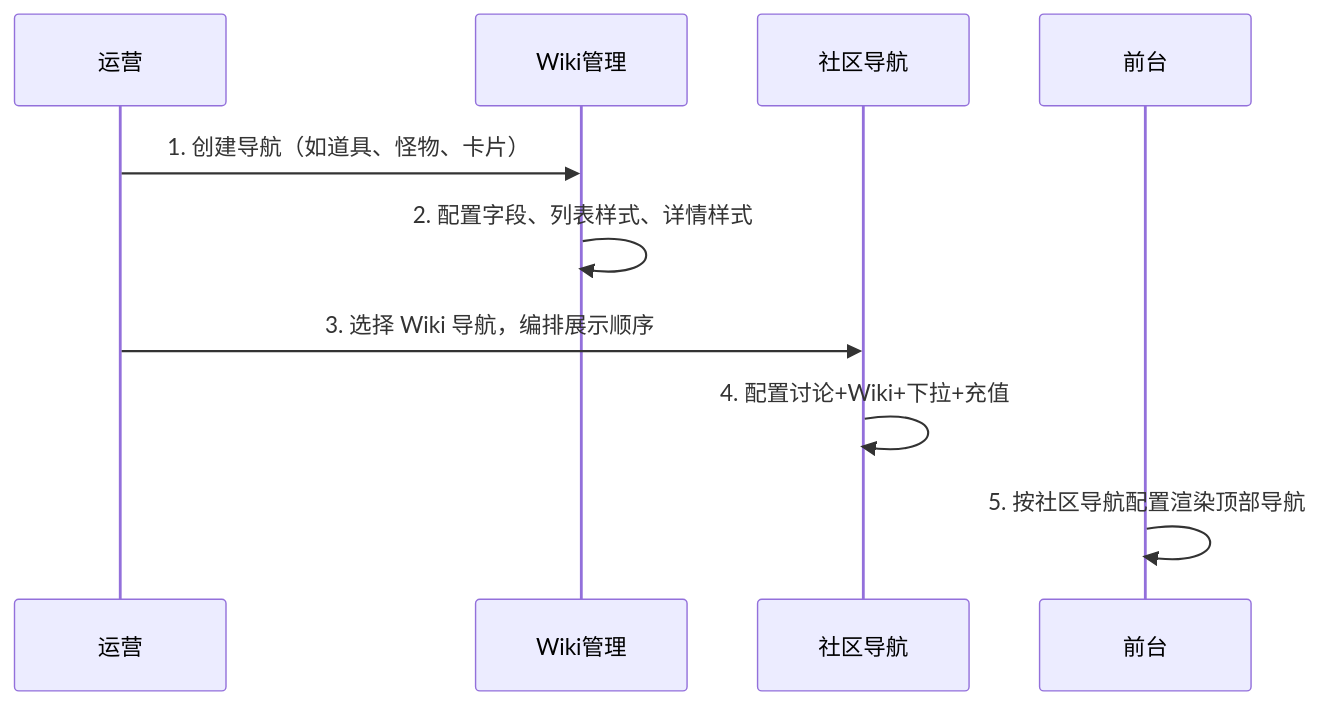
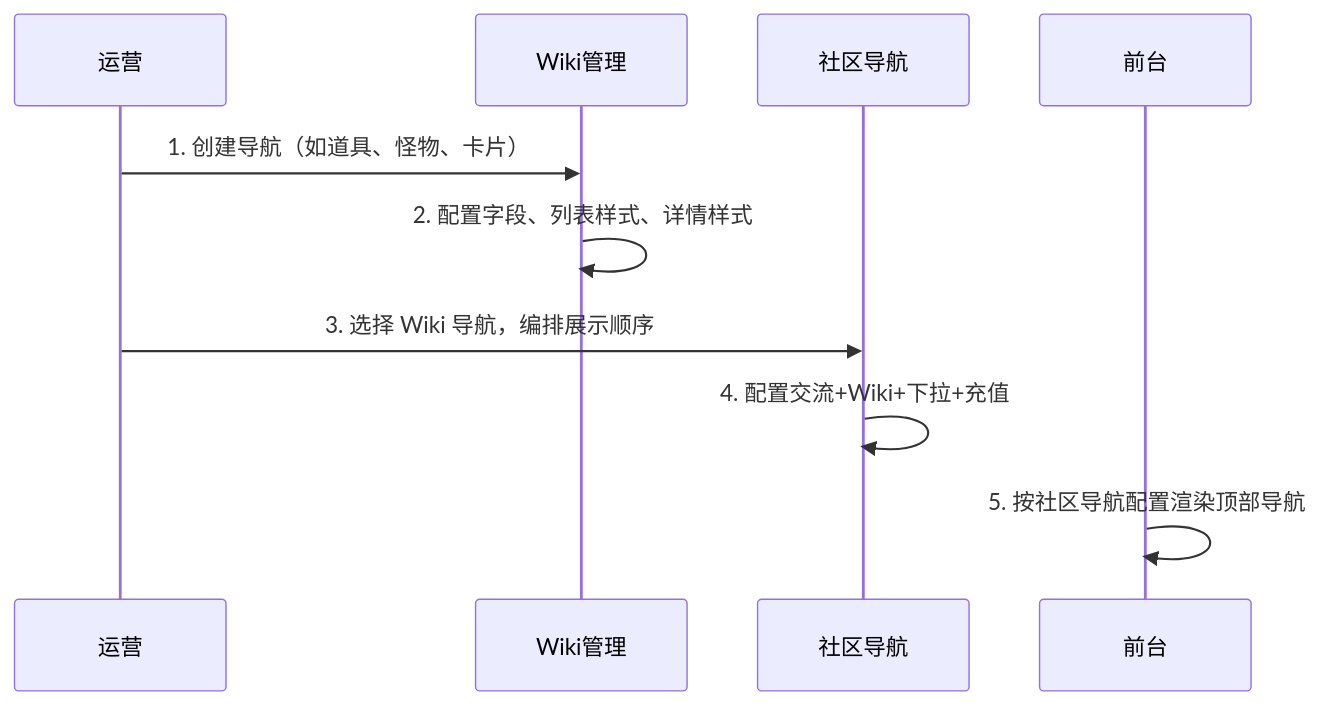
One commit to Chantinoo/joytap-admin changed the second of 3 diagrams in docs/PRD-社区导航与Wiki管理.md. Above: the diagram before and after it, drawn with Mermaid. The commit also changed other lines of this file and 5 other files, not shown here.

````diff
--- a/docs/PRD-社区导航与Wiki管理.md
+++ b/docs/PRD-社区导航与Wiki管理.md
@@ -172,13 +172,13 @@
 ```mermaid
 sequenceDiagram
     participant 运营
     participant Wiki管理
     participant 社区导航
     participant 前台
 
     运营->>Wiki管理: 1. 创建导航（如道具、怪物、卡片）
     Wiki管理->>Wiki管理: 2. 配置字段、列表样式、详情样式
     运营->>社区导航: 3. 选择 Wiki 导航，编排展示顺序
-    社区导航->>社区导航: 4. 配置讨论+Wiki+下拉+充值
+    社区导航->>社区导航: 4. 配置交流+Wiki+下拉+充值
     前台->>前台: 5. 按社区导航配置渲染顶部导航
 ```
````
